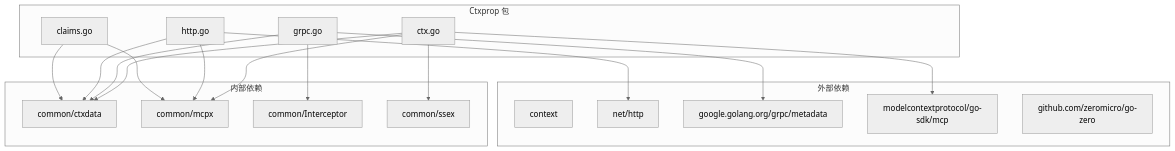
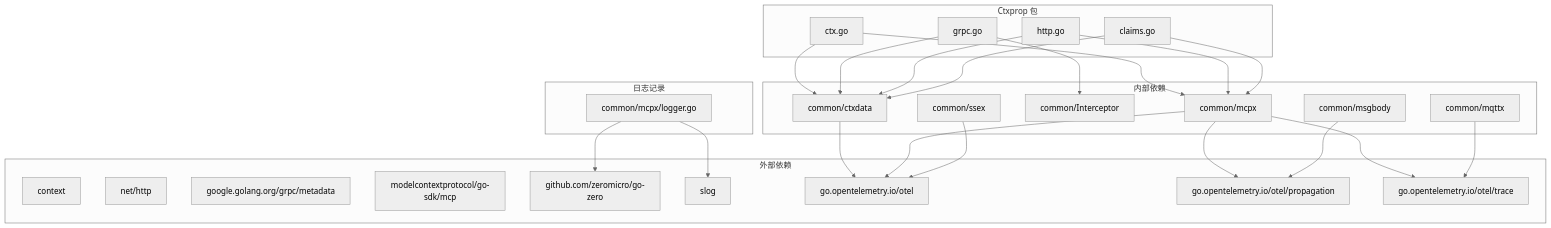
One commit to maomao94/zero-service changed diagram 15 of 15 in .qoder/repowiki/zh/content/Ctxprop Package.md. Above: the diagram before and after it, drawn with Mermaid (neutral theme). The commit also changed other lines of this file and 25 other files, not shown here.

````diff
--- a/.qoder/repowiki/zh/content/Ctxprop Package.md
+++ b/.qoder/repowiki/zh/content/Ctxprop Package.md
@@ -366,34 +612,48 @@
 ```mermaid
 graph TB
 subgraph "外部依赖"
 A[context]
 B[net/http]
 C[google.golang.org/grpc/metadata]
 D[modelcontextprotocol/go-sdk/mcp]
 E[github.com/zeromicro/go-zero]
+F[slog]
+G[go.opentelemetry.io/otel]
+H[go.opentelemetry.io/otel/propagation]
+I[go.opentelemetry.io/otel/trace]
 end
 subgraph "内部依赖"
-F[common/ctxdata]
-G[common/mcpx]
-H[common/Interceptor]
-I[common/ssex]
+J[common/ctxdata]
+K[common/mcpx]
+L[common/Interceptor]
+M[common/ssex]
+N[common/msgbody]
+O[common/mqttx]
 end
 subgraph "Ctxprop 包"
-J[ctx.go]
-K[grpc.go]
-L[http.go]
-M[claims.go]
+P[ctx.go]
+Q[grpc.go]
+R[http.go]
+S[claims.go]
 end
-J --> F
-K --> F
-L --> F
-M --> F
+subgraph "日志记录"
+T[common/mcpx/logger.go]
+end
+P --> J
+Q --> J
+R --> J
+S --> J
+P --> K
+Q --> L
+R --> K
+S --> K
+T --> E
+T --> F
 J --> G
+K --> G
 K --> H
-L --> G
+K --> I
 M --> G
-K --> C
-L --> B
-J --> D
-J --> I
+N --> H
+O --> I
 ```
````
